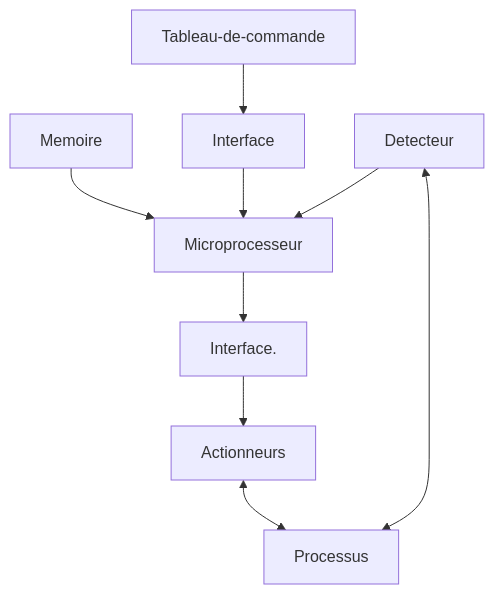
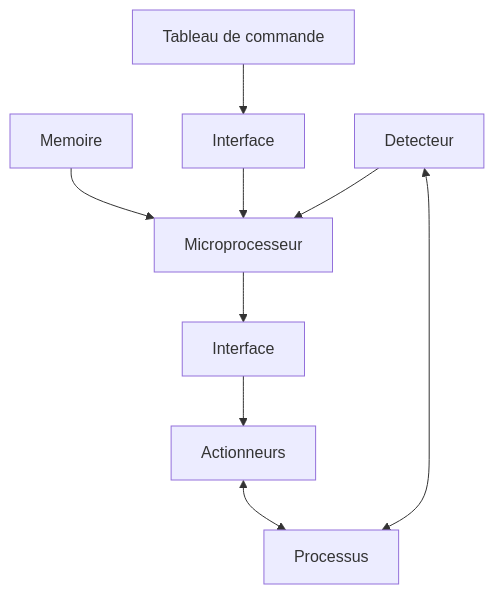
Before and after one commit to qhorgues/Cours-Polytech: the first of 3 diagrams in docs/architechture/Chapitre/microprocesseur.md, drawn with Mermaid. The commit also changed other lines of this file and 1 other file, not shown here.

Commit message:
ajout graphique

````diff
--- a/docs/architechture/Chapitre/microprocesseur.md
+++ b/docs/architechture/Chapitre/microprocesseur.md
@@ -11,11 +10,11 @@
 ```mermaid
 graph TD;
-Tableau-de-commande-->Interface;
+A[Tableau de commande]-->B[Interface];
 Memoire-->Microprocesseur;
-Interface-->Microprocesseur;
-Microprocesseur-->Interface.;
-Interface.-->Actionneurs;
+B-->Microprocesseur;
+Microprocesseur-->C[Interface];
+C-->Actionneurs;
 Actionneurs<-->Processus;
 Detecteur<-->Processus;
 Detecteur-->Microprocesseur;
 ```
````
